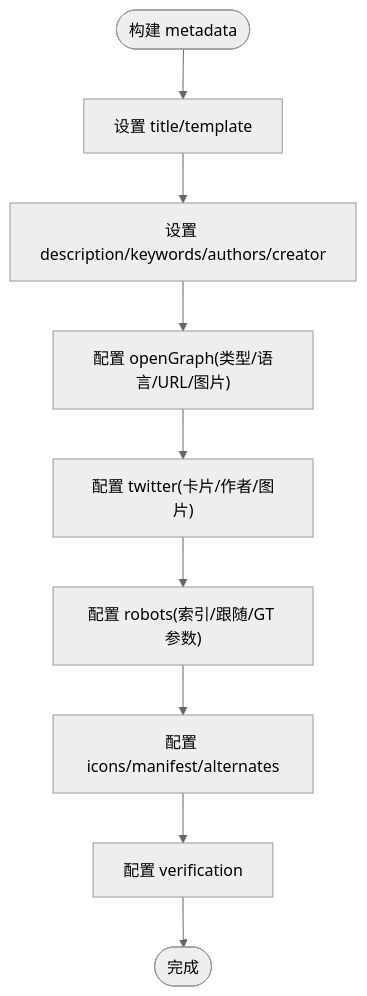
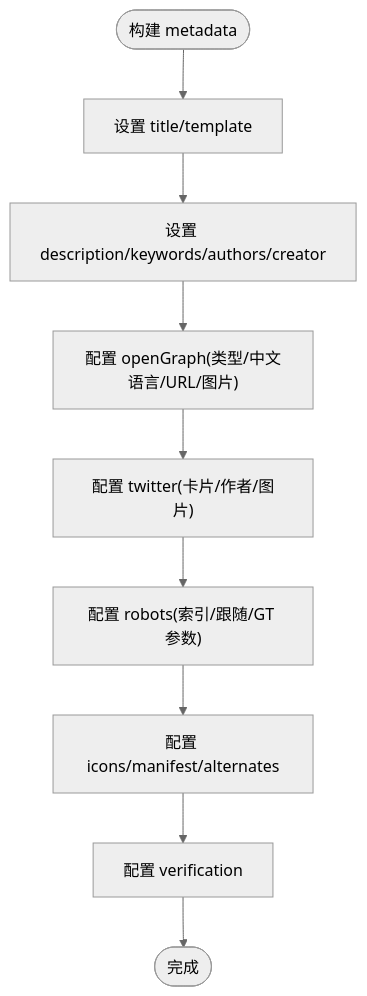
One commit to florianjsun/next-portfolio changed the fourth of 6 diagrams in .qoder/repowiki/zh/content/架构设计/目录结构设计/应用目录结构/根布局文件.md. Above: the diagram before and after it, drawn with Mermaid (neutral theme). The commit also changed other lines of this file and 10 other files, not shown here.

````diff
--- a/.qoder/repowiki/zh/content/架构设计/目录结构设计/应用目录结构/根布局文件.md
+++ b/.qoder/repowiki/zh/content/架构设计/目录结构设计/应用目录结构/根布局文件.md
@@ -164,11 +172,11 @@
 ```mermaid
 flowchart TD
 MStart(["构建 metadata"]) --> Title["设置 title/template"]
 Title --> Desc["设置 description/keywords/authors/creator"]
-Desc --> OG["配置 openGraph(类型/语言/URL/图片)"]
+Desc --> OG["配置 openGraph(类型/中文语言/URL/图片)"]
 OG --> TW["配置 twitter(卡片/作者/图片)"]
 TW --> Robots["配置 robots(索引/跟随/GT 参数)"]
 Robots --> Icons["配置 icons/manifest/alternates"]
 Icons --> Verify["配置 verification"]
 Verify --> MEnd(["完成"])
 ```
````
